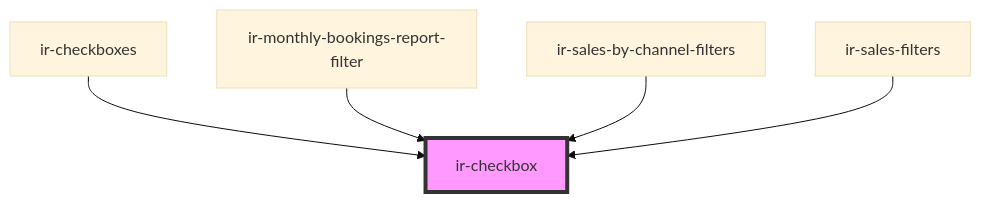
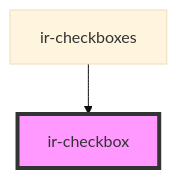
One commit to RonyRizk/ir-webcmp changed the diagram in src/components/ui/ir-checkbox/readme.md. Above: the diagram before and after it, drawn with Mermaid (base theme). The commit also changed other lines of this file and 508 other files, not shown here.

````diff
--- a/src/components/ui/ir-checkbox/readme.md
+++ b/src/components/ui/ir-checkbox/readme.md
@@ -38,8 +35,5 @@
 ```mermaid
 graph TD;
   ir-checkboxes --> ir-checkbox
-  ir-monthly-bookings-report-filter --> ir-checkbox
-  ir-sales-by-channel-filters --> ir-checkbox
-  ir-sales-filters --> ir-checkbox
   style ir-checkbox fill:#f9f,stroke:#333,stroke-width:4px
 ```
````
